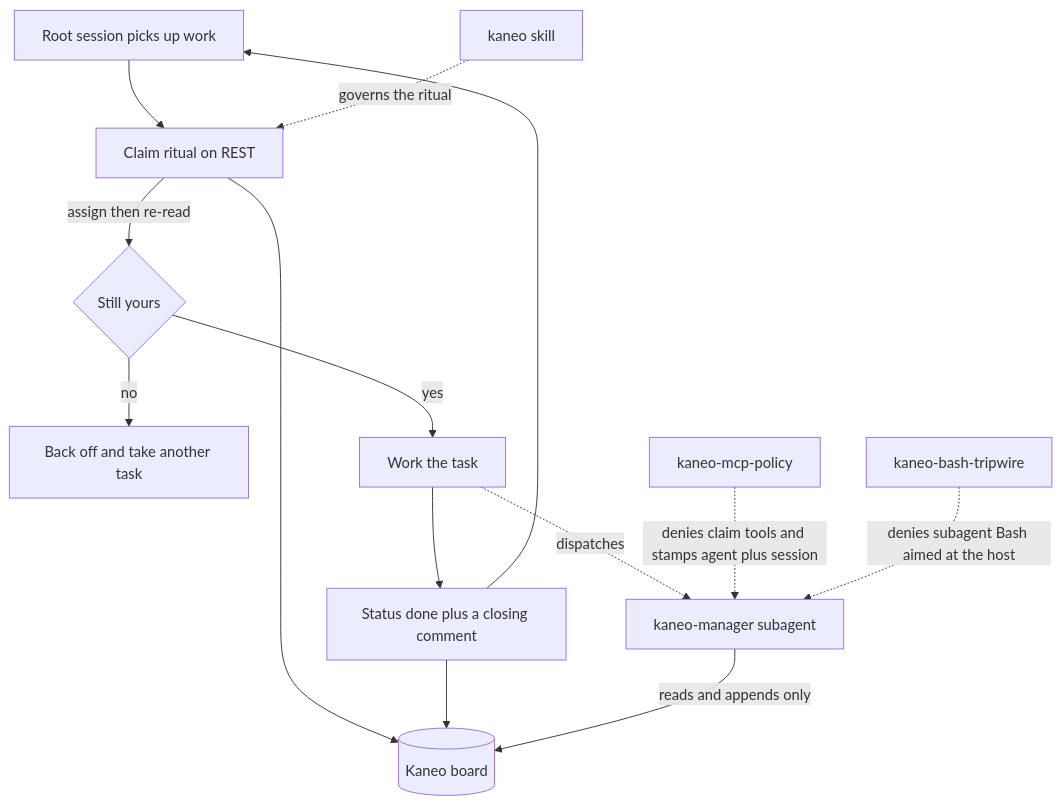
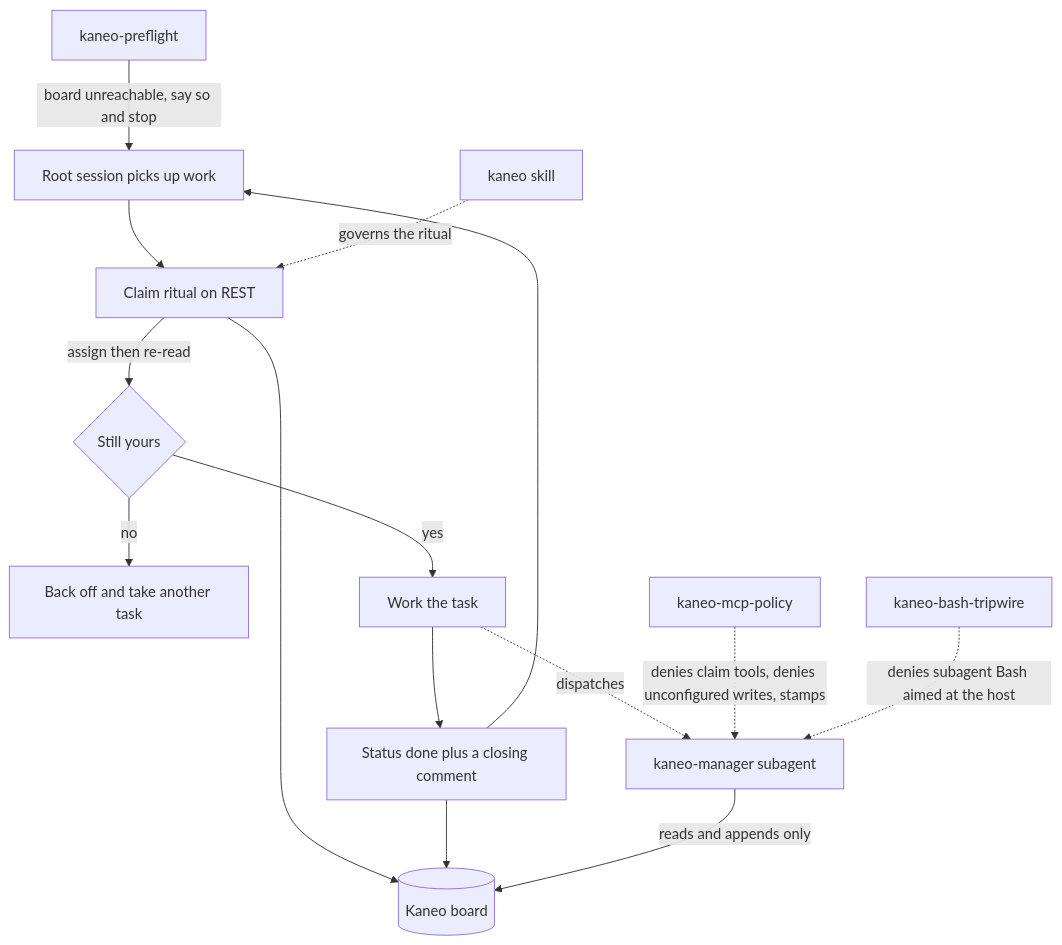
The diagram in plugins/kaneo/README.md (hsb3/dotfiles-agents), drawn with Mermaid before and after one commit. The commit also changed other lines of this file and 12 other files, not shown here.

First line of the commit message:
feat(kaneo): fail loudly when the board tools are not actually there

````diff
--- a/plugins/kaneo/README.md
+++ b/plugins/kaneo/README.md
@@ -20,18 +20,19 @@
 ```mermaid
 flowchart TD
     session[Root session picks up work] --> claim[Claim ritual on REST]
     claim -->|assign then re-read| race{Still yours}
     race -->|no| back[Back off and take another task]
     race -->|yes| work[Work the task]
     work --> finish[Status done plus a closing comment]
     finish --> session
     work -.->|dispatches| mgr[kaneo-manager subagent]
 
     claim --> board[(Kaneo board)]
     finish --> board
     mgr -->|reads and appends only| board
 
+    pre[kaneo-preflight] -->|board unreachable, say so and stop| session
     kaneo[kaneo skill] -.->|governs the ritual| claim
-    policy[kaneo-mcp-policy] -.->|denies claim tools and stamps agent plus session| mgr
+    policy[kaneo-mcp-policy] -.->|denies claim tools, denies unconfigured writes, stamps| mgr
     tripwire[kaneo-bash-tripwire] -.->|denies subagent Bash aimed at the host| mgr
 ```
````
